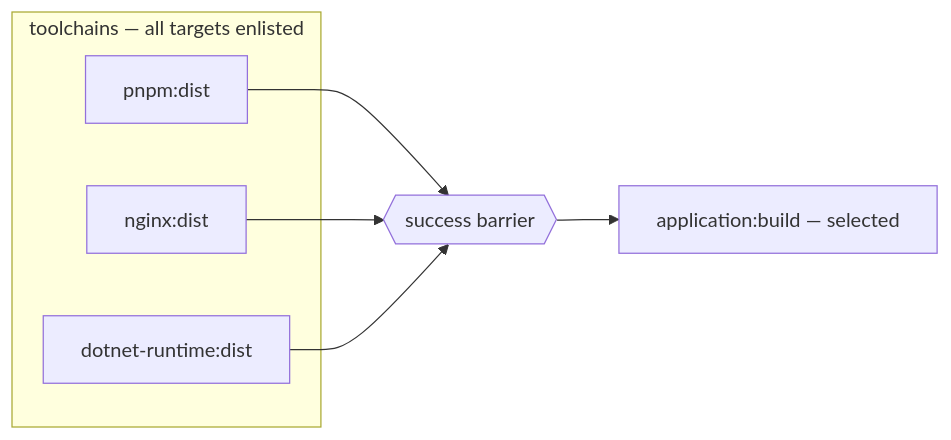
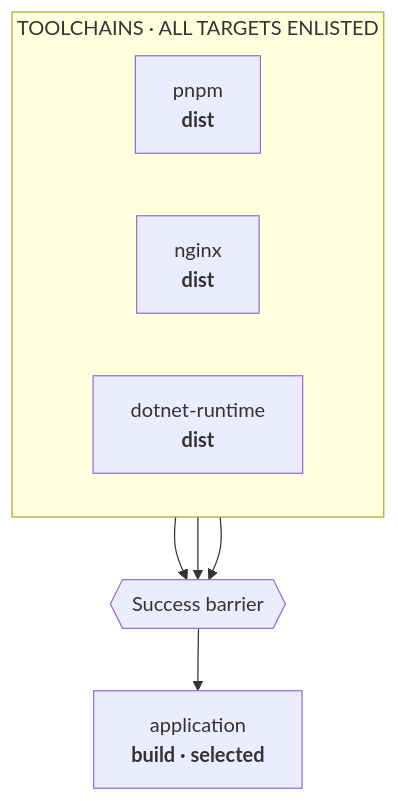
The diagram in website/site-docs/workspace/phase.md (MagnusOpera/terrabuild), drawn with Mermaid before and after one commit. The commit also changed 12 other files, not shown here.

````diff
--- a/website/site-docs/workspace/phase.md
+++ b/website/site-docs/workspace/phase.md
@@ -49,13 +49,16 @@
 ```mermaid
-flowchart LR
-  subgraph toolchains["toolchains — all targets enlisted"]
-    pnpm["pnpm:dist"]
-    nginx["nginx:dist"]
-    runtime["dotnet-runtime:dist"]
+flowchart TB
+  subgraph toolchains["TOOLCHAINS · ALL TARGETS ENLISTED"]
+    direction LR
+    pnpm["pnpm<br/><b>dist</b>"]
+    nginx["nginx<br/><b>dist</b>"]
+    runtime["dotnet-runtime<br/><b>dist</b>"]
   end
 
-  pnpm --> barrier{{"success barrier"}}
-  nginx --> barrier
-  runtime --> barrier
-  barrier --> application["application:build — selected"]
+  pnpm & nginx & runtime --> barrier{{"Success barrier"}}
+  barrier --> application["application<br/><b>build · selected</b>"]
+
+  class pnpm,nginx,runtime tb-muted
+  class barrier tb-decision
+  class application tb-primary
 ```
````
